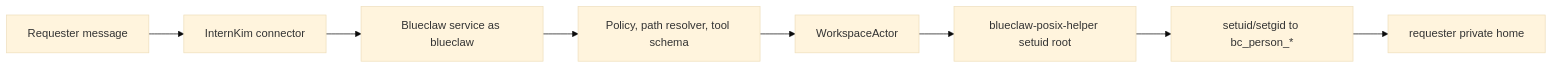
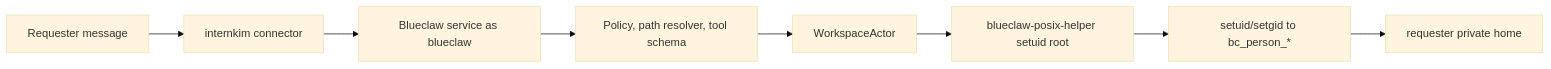
The first of 2 diagrams in README.md (yeomyeonggeori/internkim), drawn with Mermaid (base theme) before and after one commit. The commit also changed other lines of this file and 83 other files, not shown here.

````diff
--- a/README.md
+++ b/README.md
@@ -82,10 +82,10 @@
 ```mermaid
 flowchart LR
-  User["Requester message"] --> Connector["InternKim connector"]
+  User["Requester message"] --> Connector["internkim connector"]
   Connector --> Blueclaw["Blueclaw service as blueclaw"]
   Blueclaw --> Policy["Policy, path resolver, tool schema"]
   Policy --> Actor["WorkspaceActor"]
   Actor --> Helper["blueclaw-posix-helper setuid root"]
   Helper --> Requester["setuid/setgid to bc_person_*"]
   Requester --> Workspace["requester private home"]
 ```
````
